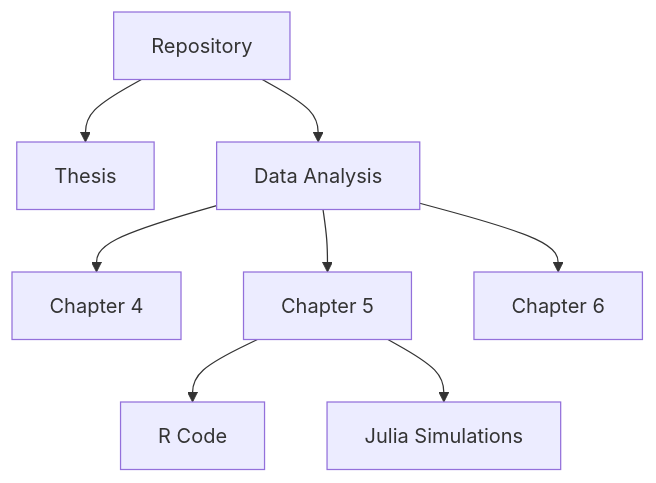
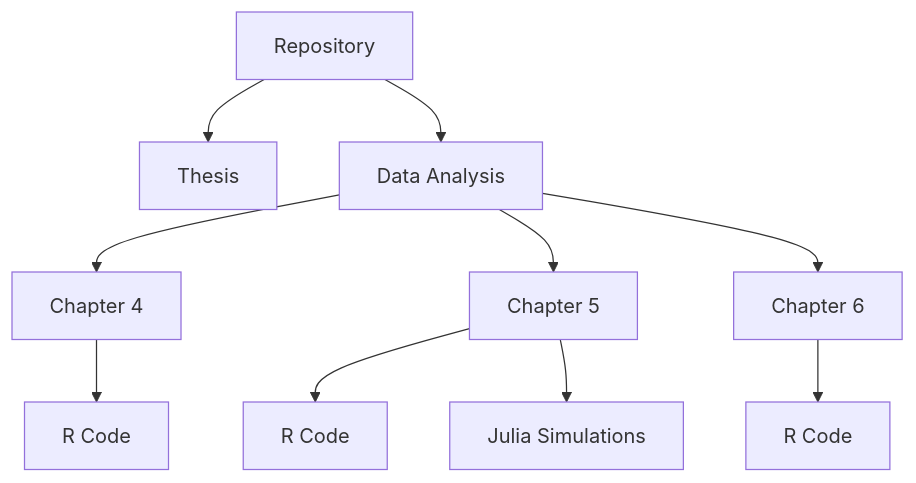
One commit to Raquel-Montero/PhDThesis changed the diagram in README.md. Above: the diagram before and after it, drawn with Mermaid.

````diff
--- a/README.md
+++ b/README.md
@@ -6,10 +6,12 @@
 ```mermaid
 graph TD;
     A[Repository] -->B[Thesis];
     A[Repository]-->C[Data Analysis];
     C[Data Analysis] --> D[Chapter 4];
+    D[Chapter 4] --> D1[R Code];
     C[Data Analysis] --> E[Chapter 5];
     E[Chapter 5] --> E1[R Code];
     E[Chapter 5] --> E2[Julia Simulations];
     C[Data Analysis] --> F[Chapter 6];
+    F[Chapter 6] --> F1[R Code];
 ```
````
